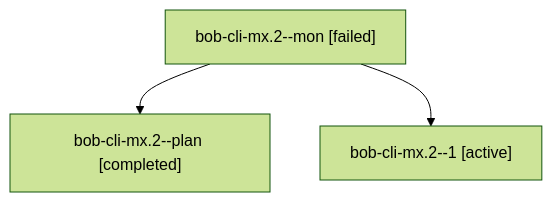
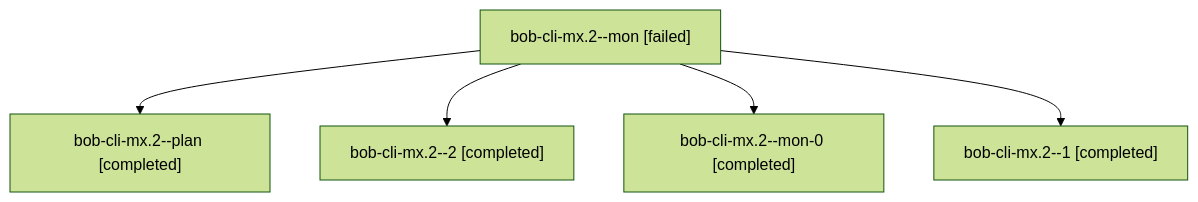
One commit to bobs-org/bob-cli--agents changed the diagram in sessions/bbugyi200.apollo.bob-cli-mx.2.md. Above: the diagram before and after it, drawn with Mermaid (forest theme). The commit also changed other lines of this file and 39 other files, not shown here.

````diff
--- a/sessions/bbugyi200.apollo.bob-cli-mx.2.md
+++ b/sessions/bbugyi200.apollo.bob-cli-mx.2.md
@@ -9,8 +9,12 @@
 ```mermaid
 flowchart TD
   n0["bob-cli-mx.2--mon [failed]"]
   n1["bob-cli-mx.2--plan [completed]"]
   n0 --> n1
-  n2["bob-cli-mx.2--1 [active]"]
+  n2["bob-cli-mx.2--2 [completed]"]
   n0 --> n2
+  n3["bob-cli-mx.2--mon-0 [completed]"]
+  n0 --> n3
+  n4["bob-cli-mx.2--1 [completed]"]
+  n0 --> n4
 ```
````
